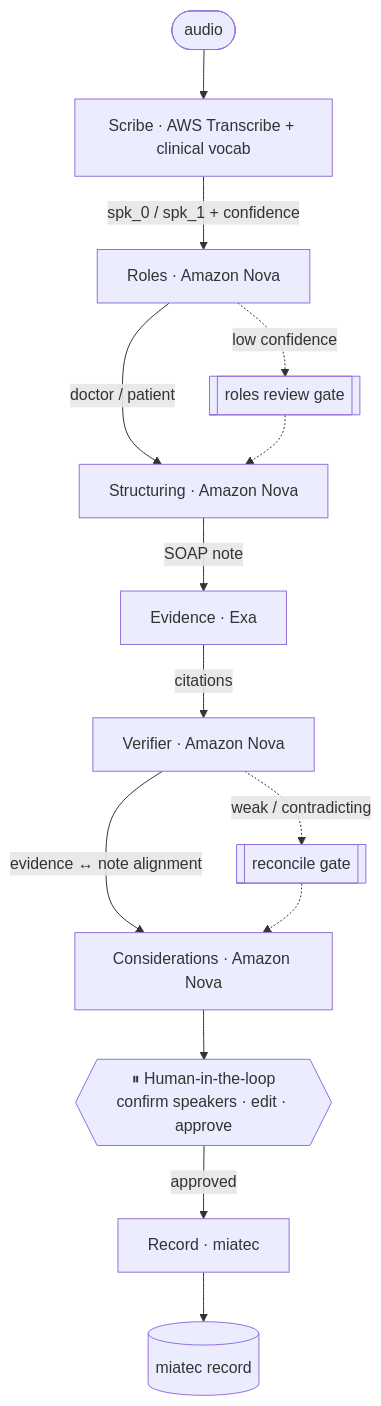
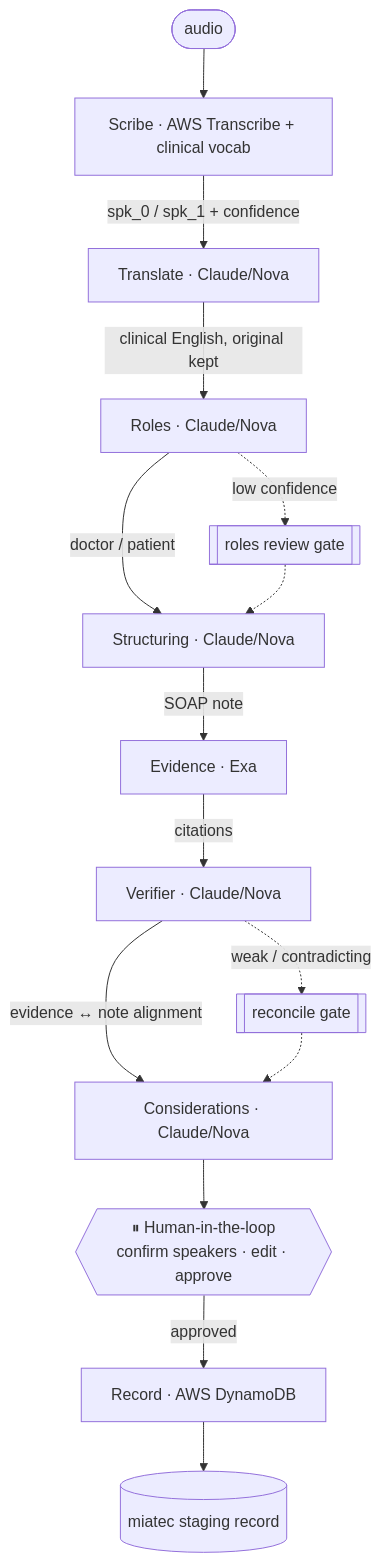
The diagram in README.md (arturfortunato1/miatec-copilot), drawn with Mermaid before and after one commit. The commit also changed other lines of this file and 33 other files, not shown here.

First line of the commit message:
Record agent: real DynamoDB write (miatec staging store) + docs truth pass

````diff
--- a/README.md
+++ b/README.md
@@ -35,14 +39,15 @@
 ```mermaid
 flowchart TD
     A([audio]) --> S[Scribe · AWS Transcribe + clinical vocab]
-    S -->|spk_0 / spk_1 + confidence| R[Roles · Amazon Nova]
-    R -->|doctor / patient| ST[Structuring · Amazon Nova]
+    S -->|spk_0 / spk_1 + confidence| T[Translate · Claude/Nova]
+    T -->|clinical English, original kept| R[Roles · Claude/Nova]
+    R -->|doctor / patient| ST[Structuring · Claude/Nova]
     ST -->|SOAP note| EV[Evidence · Exa]
-    EV -->|citations| VF[Verifier · Amazon Nova]
-    VF -->|evidence ↔ note alignment| CO[Considerations · Amazon Nova]
+    EV -->|citations| VF[Verifier · Claude/Nova]
+    VF -->|evidence ↔ note alignment| CO[Considerations · Claude/Nova]
     CO --> H{{⏸ Human-in-the-loop<br/>confirm speakers · edit · approve}}
-    H -->|approved| RE[Record · miatec]
-    RE --> DB[(miatec record)]
+    H -->|approved| RE[Record · AWS DynamoDB]
+    RE --> DB[(miatec staging record)]
     R -.->|low confidence| RV[[roles review gate]] -.-> ST
     VF -.->|weak / contradicting| RC[[reconcile gate]] -.-> CO
 ```
````
